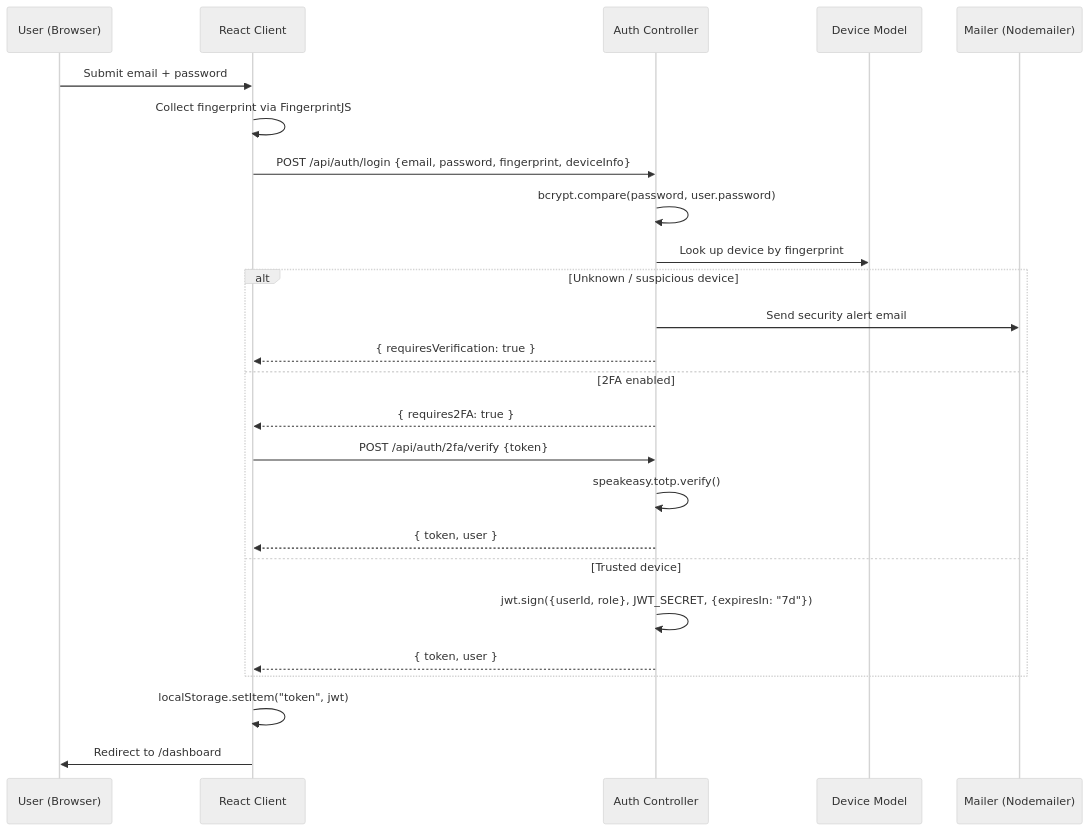
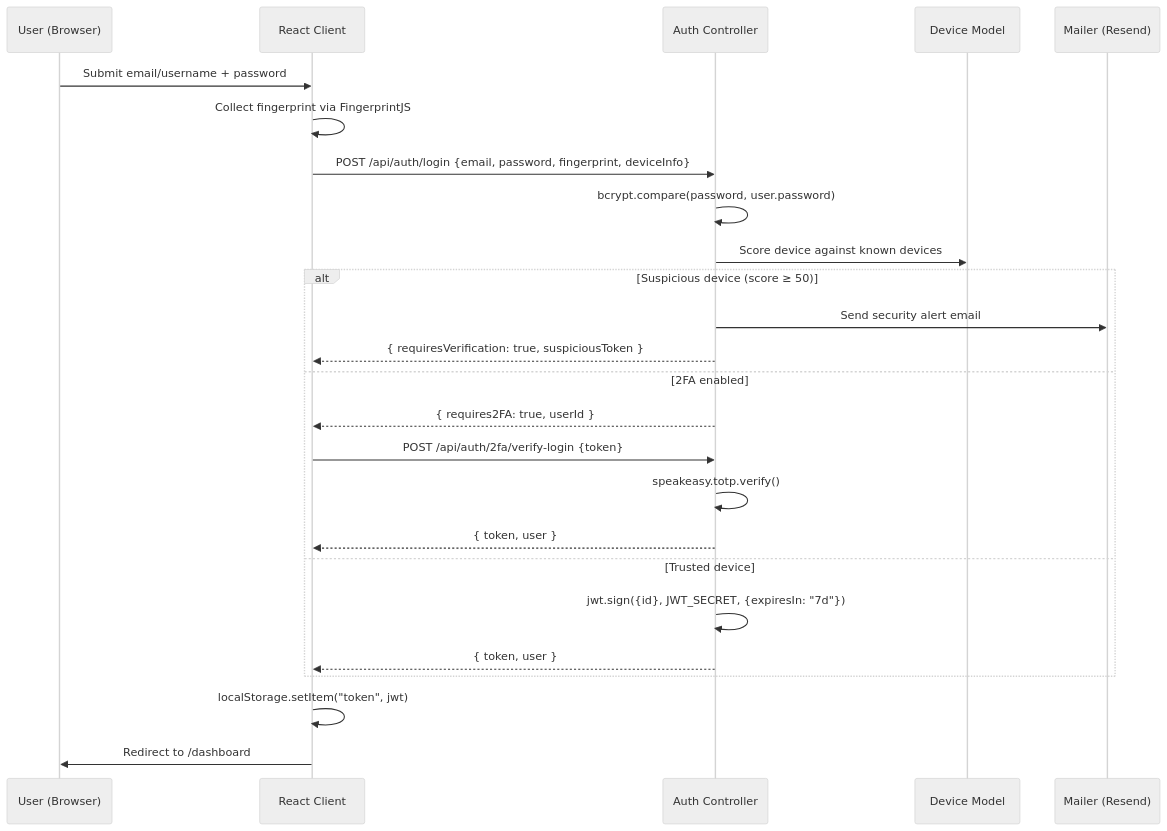
One commit to kanhaiyaray/VaultFS-Enterprise-File-Management-System changed the third of 5 diagrams in README.md. Above: the diagram before and after it, drawn with Mermaid (neutral theme). The commit also changed other lines of this file, not shown here.

````diff
--- a/README.md
+++ b/README.md
@@ -572,30 +752,30 @@
 ```mermaid
 sequenceDiagram
     participant U as User (Browser)
     participant C as React Client
     participant A as Auth Controller
     participant D as Device Model
-    participant M as Mailer (Nodemailer)
+    participant M as Mailer (Resend)
 
-    U->>C: Submit email + password
+    U->>C: Submit email/username + password
     C->>C: Collect fingerprint via FingerprintJS
     C->>A: POST /api/auth/login {email, password, fingerprint, deviceInfo}
     A->>A: bcrypt.compare(password, user.password)
-    A->>D: Look up device by fingerprint
+    A->>D: Score device against known devices
 
-    alt Unknown / suspicious device
+    alt Suspicious device (score ≥ 50)
         A->>M: Send security alert email
-        A-->>C: { requiresVerification: true }
+        A-->>C: { requiresVerification: true, suspiciousToken }
     else 2FA enabled
-        A-->>C: { requires2FA: true }
-        C->>A: POST /api/auth/2fa/verify {token}
+        A-->>C: { requires2FA: true, userId }
+        C->>A: POST /api/auth/2fa/verify-login {token}
         A->>A: speakeasy.totp.verify()
         A-->>C: { token, user }
     else Trusted device
-        A->>A: jwt.sign({userId, role}, JWT_SECRET, {expiresIn: "7d"})
+        A->>A: jwt.sign({id}, JWT_SECRET, {expiresIn: "7d"})
         A-->>C: { token, user }
     end
 
     C->>C: localStorage.setItem("token", jwt)
     C->>U: Redirect to /dashboard
 ```
````
